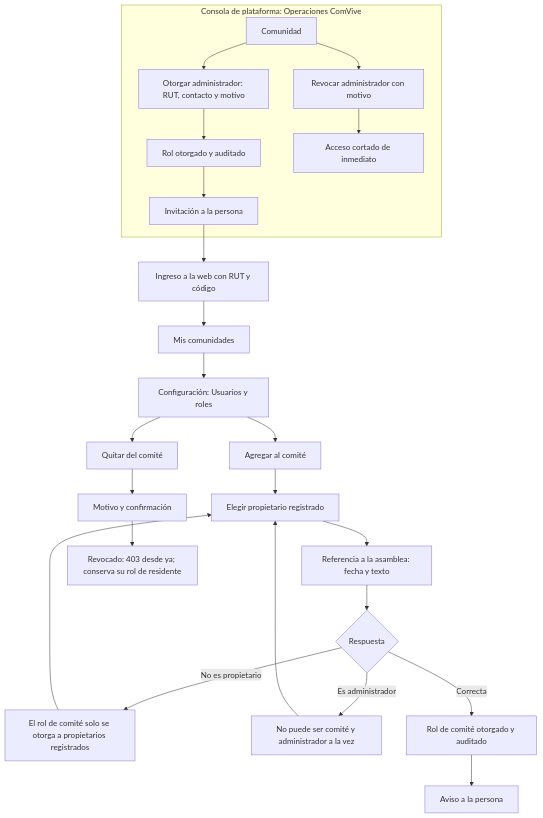
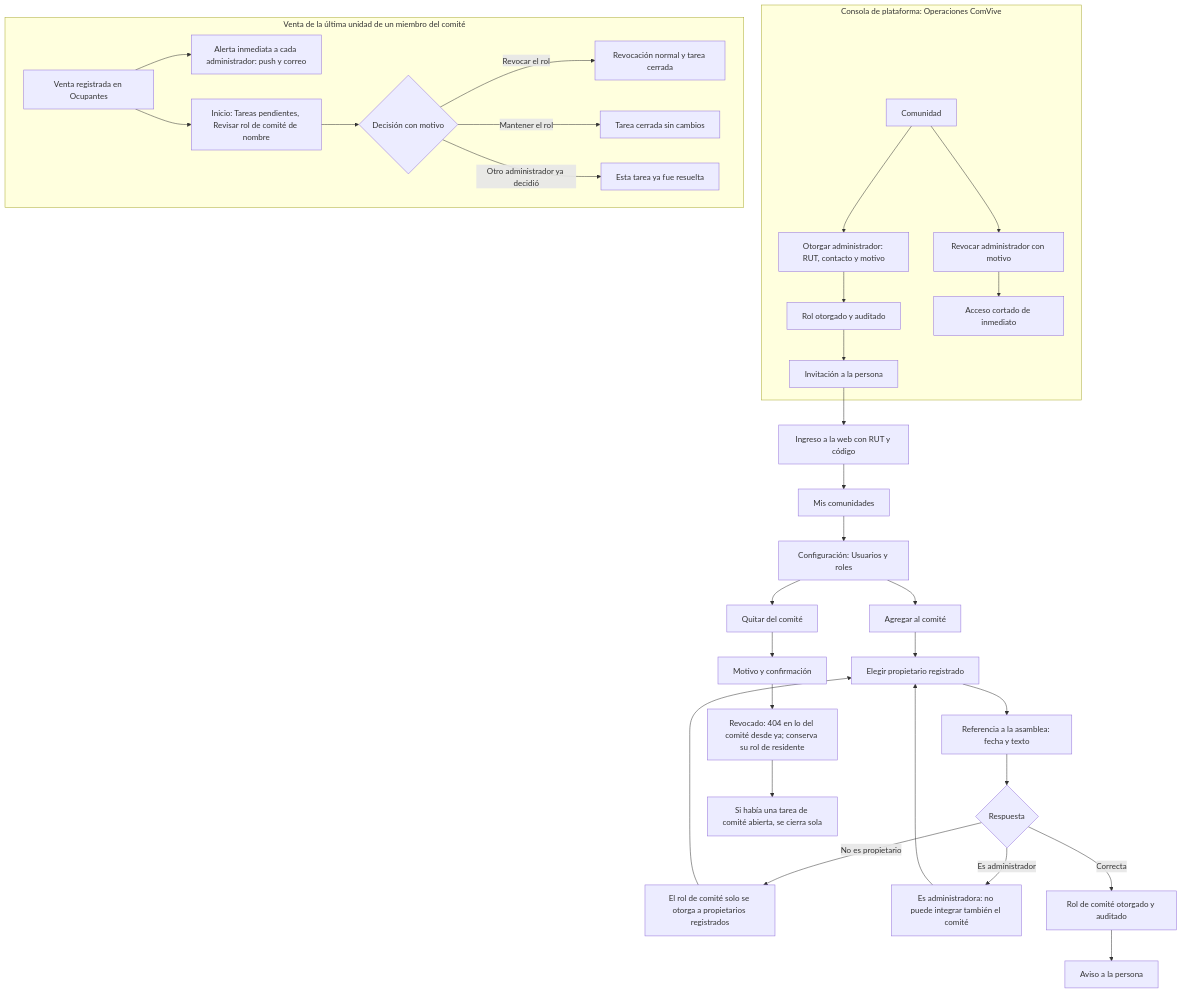
One commit to misterexcel/ComVive changed the diagram in docs/design/flujos/admin-usuarios-y-roles.md. Above: the diagram before and after it, drawn with Mermaid. The commit also changed other lines of this file and 17 other files, not shown here.

First line of the commit message:
docs: resolve design review 3 across spec, architecture, design and QA

````diff
--- a/docs/design/flujos/admin-usuarios-y-roles.md
+++ b/docs/design/flujos/admin-usuarios-y-roles.md
@@ -32,26 +35,35 @@
 ```mermaid
 flowchart TD
   subgraph Plataforma["Consola de plataforma: Operaciones ComVive"]
     P1["Comunidad"] --> P2["Otorgar administrador: RUT, contacto y motivo"]
     P2 --> P3["Rol otorgado y auditado"]
     P3 --> P4["Invitación a la persona"]
     P1 --> P5["Revocar administrador con motivo"]
     P5 --> P6["Acceso cortado de inmediato"]
   end
   P4 --> A["Ingreso a la web con RUT y código"]
   A --> B["Mis comunidades"]
   B --> C["Configuración: Usuarios y roles"]
   C --> D["Agregar al comité"]
   D --> E["Elegir propietario registrado"]
   E --> F["Referencia a la asamblea: fecha y texto"]
   F --> G{"Respuesta"}
   G -->|No es propietario| H["El rol de comité solo se otorga a propietarios registrados"]
   H --> E
-  G -->|Es administrador| H2["No puede ser comité y administrador a la vez"]
+  G -->|Es administrador| H2["Es administradora: no puede integrar también el comité"]
   H2 --> E
   G -->|Correcta| I["Rol de comité otorgado y auditado"]
   I --> J["Aviso a la persona"]
   C --> K["Quitar del comité"]
   K --> L["Motivo y confirmación"]
-  L --> M["Revocado: 403 desde ya; conserva su rol de residente"]
+  L --> M["Revocado: 404 en lo del comité desde ya; conserva su rol de residente"]
+  M --> M1["Si había una tarea de comité abierta, se cierra sola"]
+  subgraph Tarea["Venta de la última unidad de un miembro del comité"]
+    T0["Venta registrada en Ocupantes"] --> T1["Alerta inmediata a cada administrador: push y correo"]
+    T0 --> T2["Inicio: Tareas pendientes, Revisar rol de comité de nombre"]
+    T2 --> T3{"Decisión con motivo"}
+    T3 -->|Revocar el rol| T4["Revocación normal y tarea cerrada"]
+    T3 -->|Mantener el rol| T5["Tarea cerrada sin cambios"]
+    T3 -->|Otro administrador ya decidió| T6["Esta tarea ya fue resuelta"]
+  end
 ```
````
